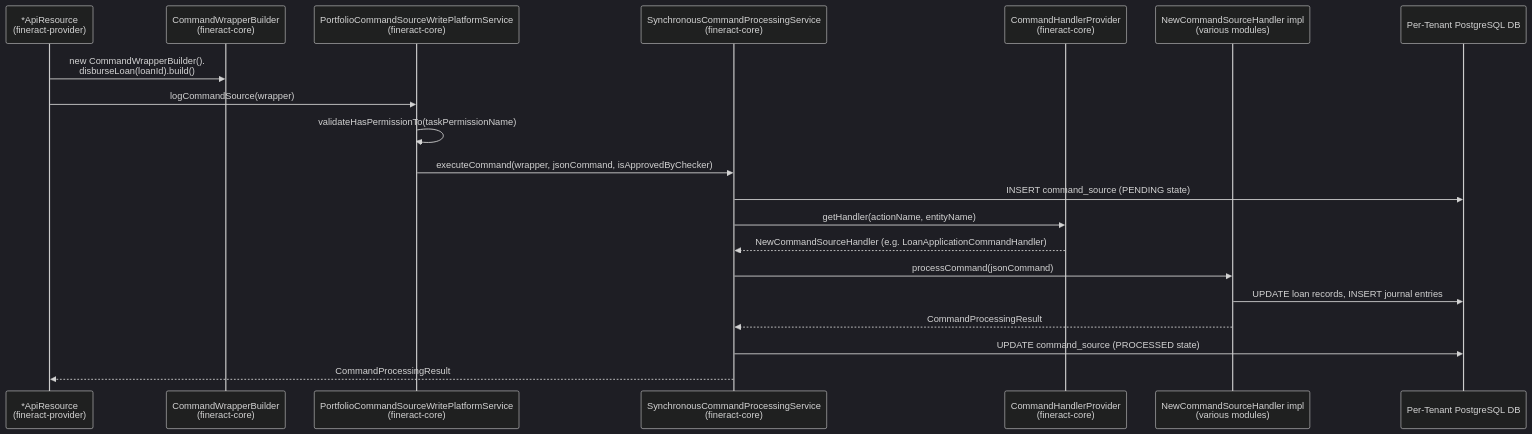
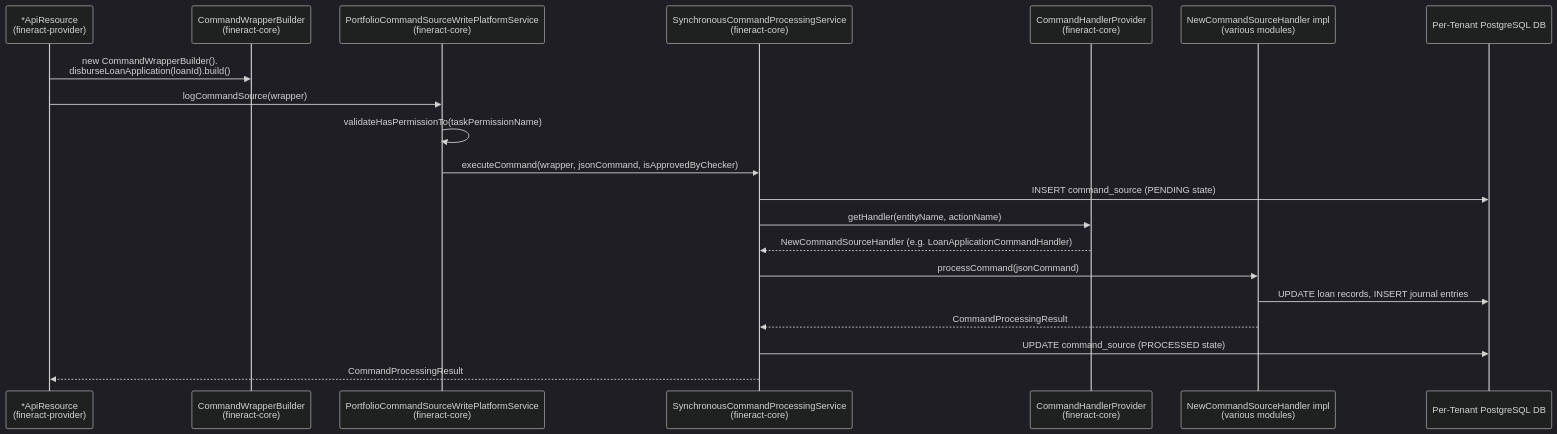
Before and after one commit to mintlify-atlas/docs-wiki-01cea823: the second of 5 diagrams in overview/architecture.mdx, drawn with Mermaid (dark theme). The commit also changed other lines of this file and 46 other files, not shown here.

````diff
--- a/overview/architecture.mdx
+++ b/overview/architecture.mdx
@@ -157,23 +157,23 @@
 ```mermaid
 sequenceDiagram
     participant AR as *ApiResource<br/>(fineract-provider)
     participant CWB as CommandWrapperBuilder<br/>(fineract-core)
     participant PCSWPS as PortfolioCommandSourceWritePlatformService<br/>(fineract-core)
     participant SCPS as SynchronousCommandProcessingService<br/>(fineract-core)
     participant CHP as CommandHandlerProvider<br/>(fineract-core)
     participant NCSH as NewCommandSourceHandler impl<br/>(various modules)
     participant DB as Per-Tenant PostgreSQL DB
 
-    AR->>CWB: new CommandWrapperBuilder().<br/>disburseLoan(loanId).build()
+    AR->>CWB: new CommandWrapperBuilder().<br/>disburseLoanApplication(loanId).build()
     AR->>PCSWPS: logCommandSource(wrapper)
     PCSWPS->>PCSWPS: validateHasPermissionTo(taskPermissionName)
     PCSWPS->>SCPS: executeCommand(wrapper, jsonCommand, isApprovedByChecker)
     SCPS->>DB: INSERT command_source (PENDING state)
-    SCPS->>CHP: getHandler(actionName, entityName)
+    SCPS->>CHP: getHandler(entityName, actionName)
     CHP-->>SCPS: NewCommandSourceHandler (e.g. LoanApplicationCommandHandler)
     SCPS->>NCSH: processCommand(jsonCommand)
     NCSH->>DB: UPDATE loan records, INSERT journal entries
     NCSH-->>SCPS: CommandProcessingResult
     SCPS->>DB: UPDATE command_source (PROCESSED state)
     SCPS-->>AR: CommandProcessingResult
 ```
````
